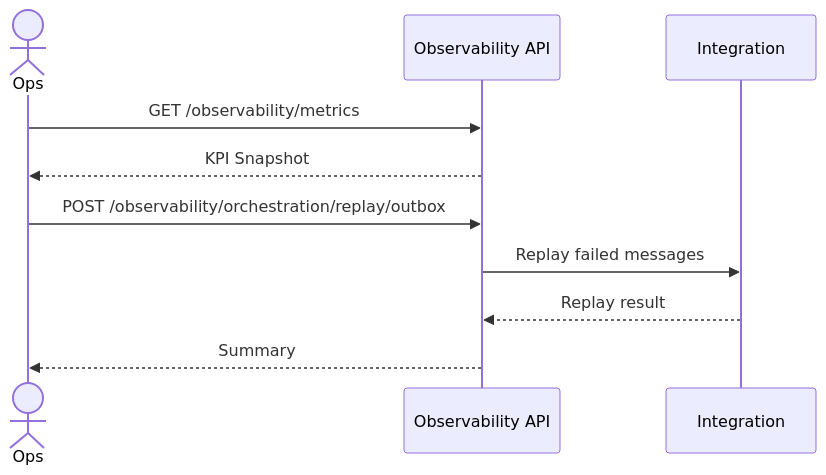
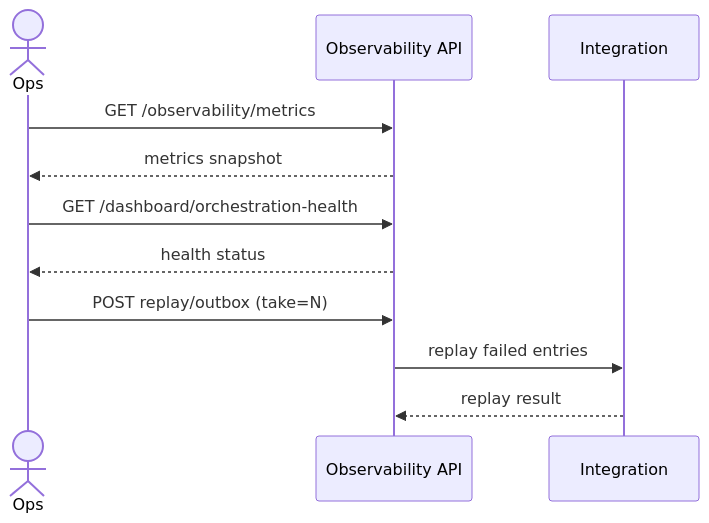
One commit to FarhadAhmadi/CleanArchitecture-Base changed diagram 12 of 15 in docs/modules/Usage-and-Workflows-fa.md. Above: the diagram before and after it, drawn with Mermaid. The commit also changed other lines of this file and 12 other files, not shown here.

````diff
--- a/docs/modules/Usage-and-Workflows-fa.md
+++ b/docs/modules/Usage-and-Workflows-fa.md
@@ -202,12 +402,13 @@
 ```mermaid
 sequenceDiagram
     actor Ops
     participant O as Observability API
     participant I as Integration
     Ops->>O: GET /observability/metrics
-    O-->>Ops: KPI Snapshot
-    Ops->>O: POST /observability/orchestration/replay/outbox
-    O->>I: Replay failed messages
-    I-->>O: Replay result
-    O-->>Ops: Summary
+    O-->>Ops: metrics snapshot
+    Ops->>O: GET /dashboard/orchestration-health
+    O-->>Ops: health status
+    Ops->>O: POST replay/outbox (take=N)
+    O->>I: replay failed entries
+    I-->>O: replay result
 ```
````
